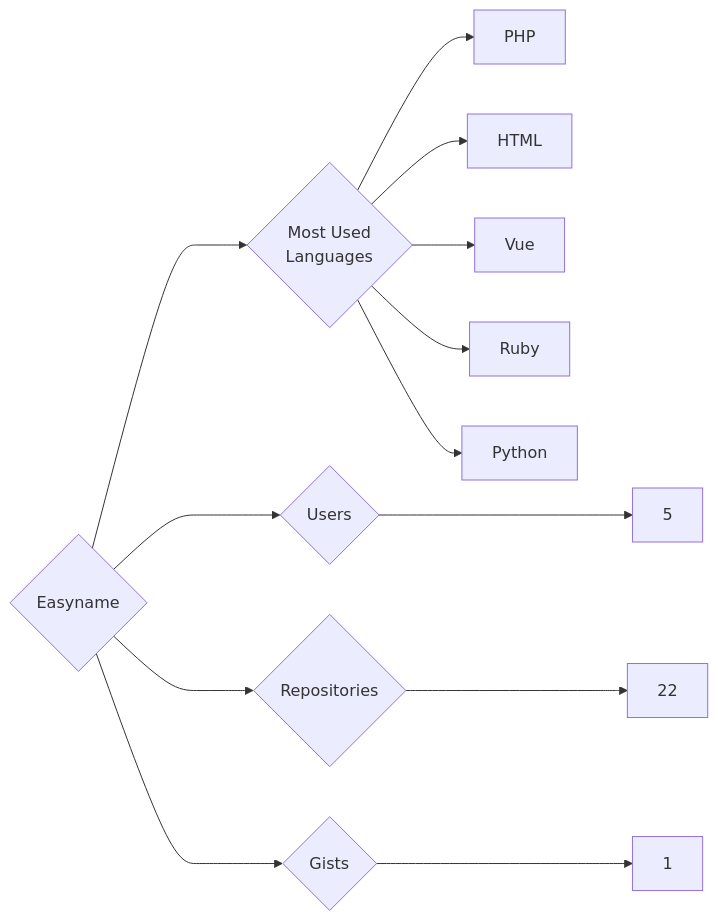
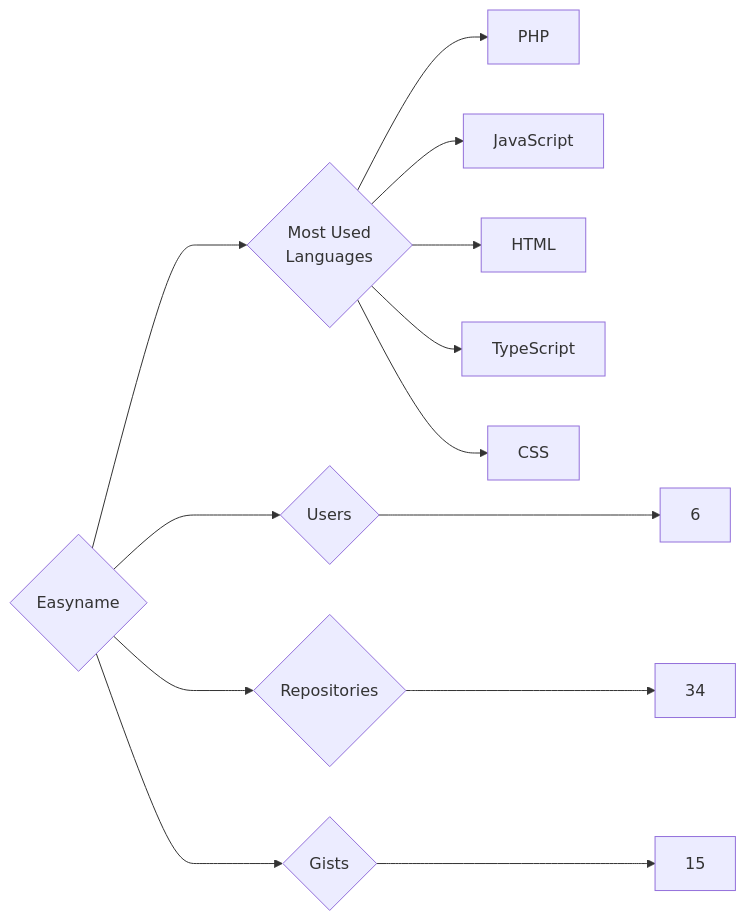
One commit to trickest/insiders changed the diagram in targets/Easyname/README.md. Above: the diagram before and after it, drawn with Mermaid. The commit also changed 715 other files, not shown here.

````diff
--- a/targets/Easyname/README.md
+++ b/targets/Easyname/README.md
@@ -3,13 +3,13 @@
 ```mermaid
 graph LR
 COMPANY_NAME{Easyname}
-COMPANY_NAME ---> U{Users} ---> UN[5]
-COMPANY_NAME ---> R{Repositories} ---> RN[22]
-COMPANY_NAME ---> G{Gists} ---> GN[1]
+COMPANY_NAME ---> U{Users} ---> UN[6]
+COMPANY_NAME ---> R{Repositories} ---> RN[34]
+COMPANY_NAME ---> G{Gists} ---> GN[15]
 COMPANY_NAME ---> ML{Most Used<br>Languages}
 ML --> PHP[PHP]
+ML --> JavaScript[JavaScript]
 ML --> HTML[HTML]
-ML --> Vue[Vue]
-ML --> Ruby[Ruby]
-ML --> Python[Python]
+ML --> TypeScript[TypeScript]
+ML --> CSS[CSS]
 ```
````
